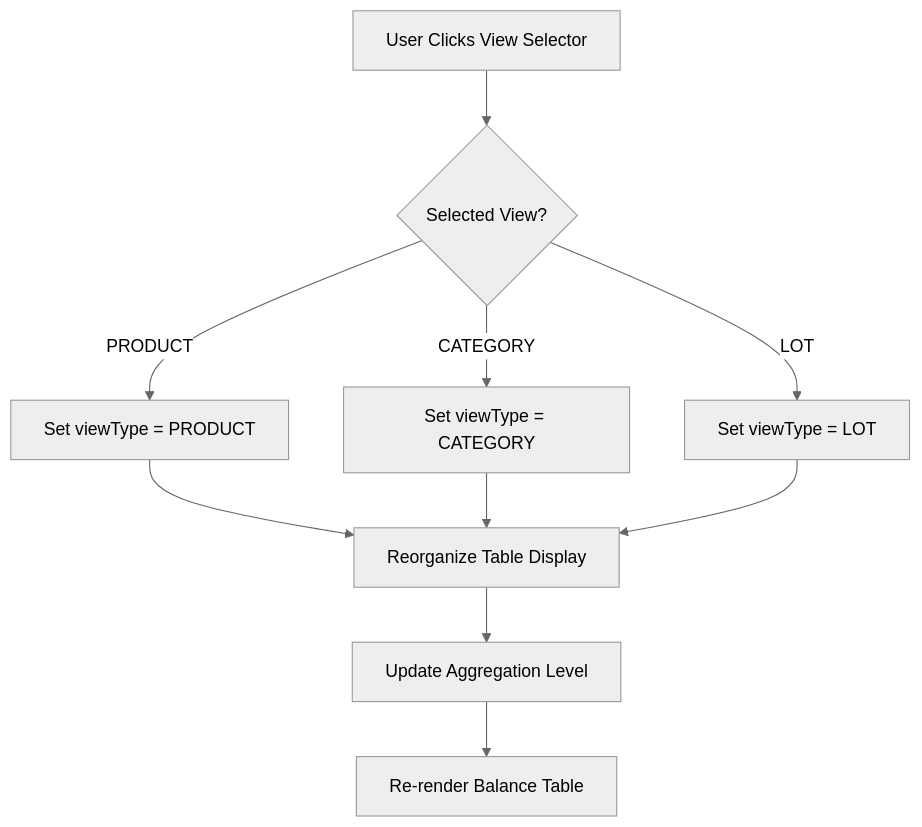
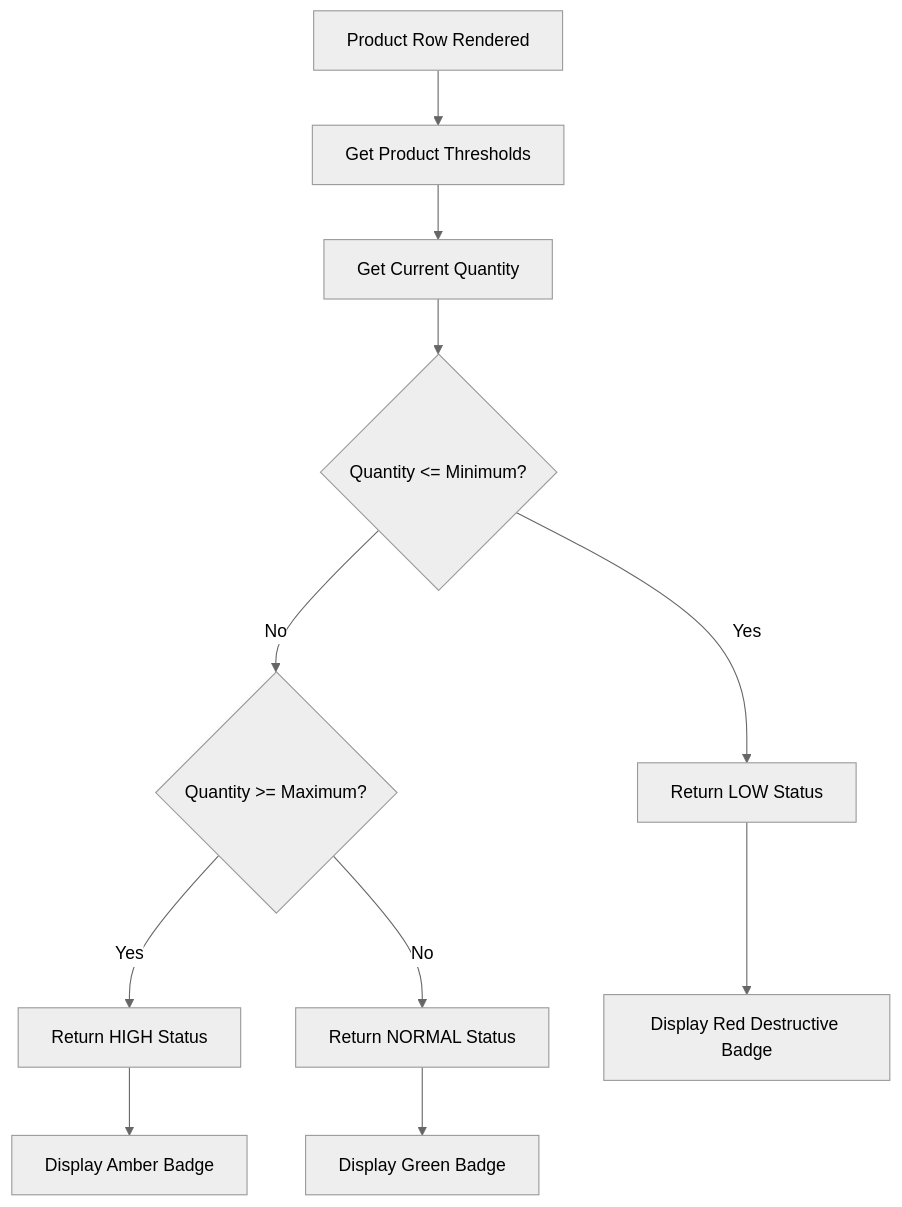
The fifth of 16 diagrams in docs/app/inventory-management/stock-overview/inventory-balance/FD-inventory-balance.md (PeakMNA/carmen), drawn with Mermaid (neutral theme) before and after one commit. The commit also changed other lines of this file and 473 other files, not shown here.

````diff
--- a/docs/app/inventory-management/stock-overview/inventory-balance/FD-inventory-balance.md
+++ b/docs/app/inventory-management/stock-overview/inventory-balance/FD-inventory-balance.md
@@ -105,12 +102,13 @@
 ```mermaid
 flowchart TD
-    A[User Clicks View Selector] --> B{Selected View?}
-    B -->|PRODUCT| C[Set viewType = PRODUCT]
-    B -->|CATEGORY| D[Set viewType = CATEGORY]
-    B -->|LOT| E[Set viewType = LOT]
-    C --> F[Reorganize Table Display]
-    D --> F
-    E --> F
-    F --> G[Update Aggregation Level]
-    G --> H[Re-render Balance Table]
+    A[Product Row Rendered] --> B[Get Product Thresholds]
+    B --> C[Get Current Quantity]
+    C --> D{Quantity <= Minimum?}
+    D -->|Yes| E[Return LOW Status]
+    D -->|No| F{Quantity >= Maximum?}
+    F -->|Yes| G[Return HIGH Status]
+    F -->|No| H[Return NORMAL Status]
+    E --> I[Display Red Destructive Badge]
+    G --> J[Display Amber Badge]
+    H --> K[Display Green Badge]
 ```
````
